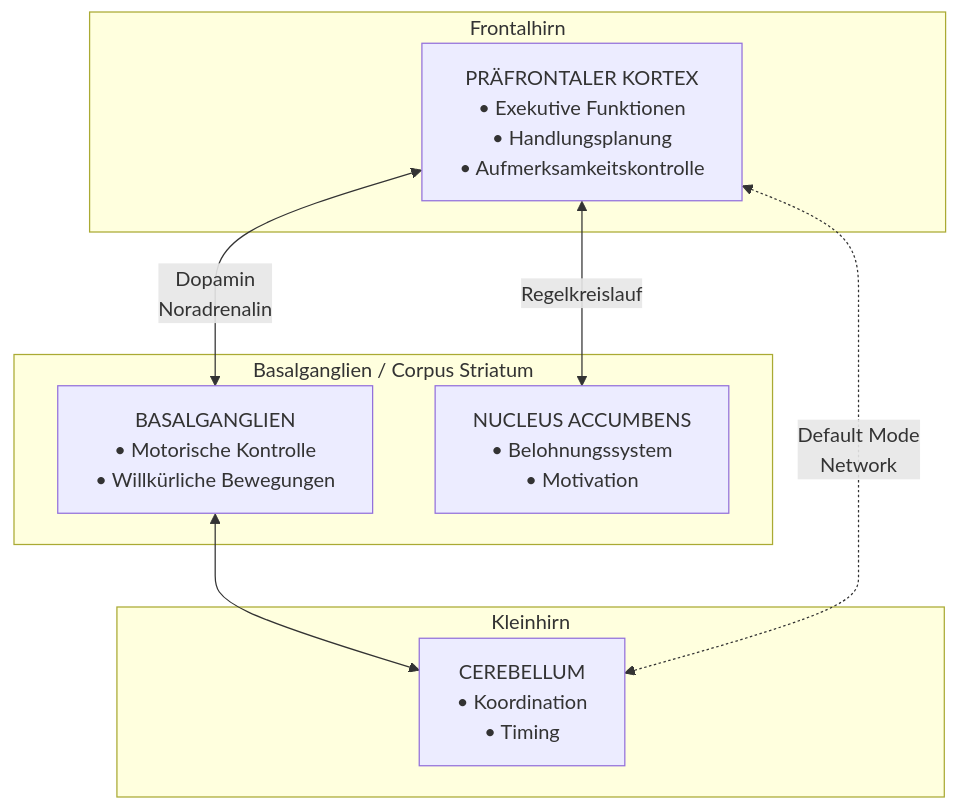
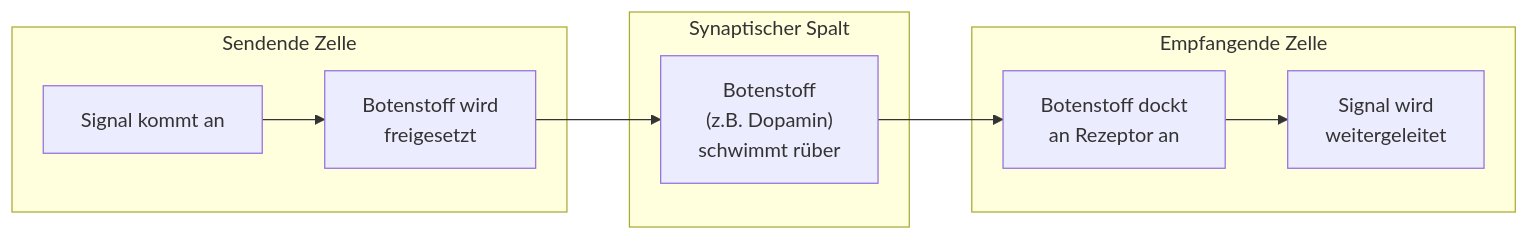
Before and after one commit to silas-hartmann/silas-hartmann.github.io: the second of 8 diagrams in Aufmerksamkeit_ADHS/01_ADHS-Definition_und_Diagnose.md, drawn with Mermaid. The commit also changed other lines of this file and 19 other files, not shown here.

````diff
--- a/Aufmerksamkeit_ADHS/01_ADHS-Definition_und_Diagnose.md
+++ b/Aufmerksamkeit_ADHS/01_ADHS-Definition_und_Diagnose.md
@@ -174,21 +161,18 @@
 ```mermaid
-flowchart TB
-    subgraph Frontalhirn["Frontalhirn"]
-        PFC["PRÄFRONTALER KORTEX<br>• Exekutive Funktionen<br>• Handlungsplanung<br>• Aufmerksamkeitskontrolle"]
+flowchart LR
+    subgraph Sender["Sendende Zelle"]
+        S1["Signal kommt an"]
+        S2["Botenstoff wird<br>freigesetzt"]
     end
     
-    subgraph Basalganglien["Basalganglien / Corpus Striatum"]
-        BG["BASALGANGLIEN<br>• Motorische Kontrolle<br>• Willkürliche Bewegungen"]
-        NA["NUCLEUS ACCUMBENS<br>• Belohnungssystem<br>• Motivation"]
+    subgraph Spalt["Synaptischer Spalt"]
+        SP["Botenstoff<br>(z.B. Dopamin)<br>schwimmt rüber"]
     end
     
-    subgraph Kleinhirn["Kleinhirn"]
-        CB["CEREBELLUM<br>• Koordination<br>• Timing"]
+    subgraph Empfänger["Empfangende Zelle"]
+        E1["Botenstoff dockt<br>an Rezeptor an"]
+        E2["Signal wird<br>weitergeleitet"]
     end
     
-    PFC <-->|"Dopamin<br>Noradrenalin"| BG
-    PFC <-->|"Regelkreislauf"| NA
-    BG <--> CB
-    PFC <-.->|"Default Mode<br>Network"| CB
-    
+    S1 --> S2 --> SP --> E1 --> E2
 ```
````
